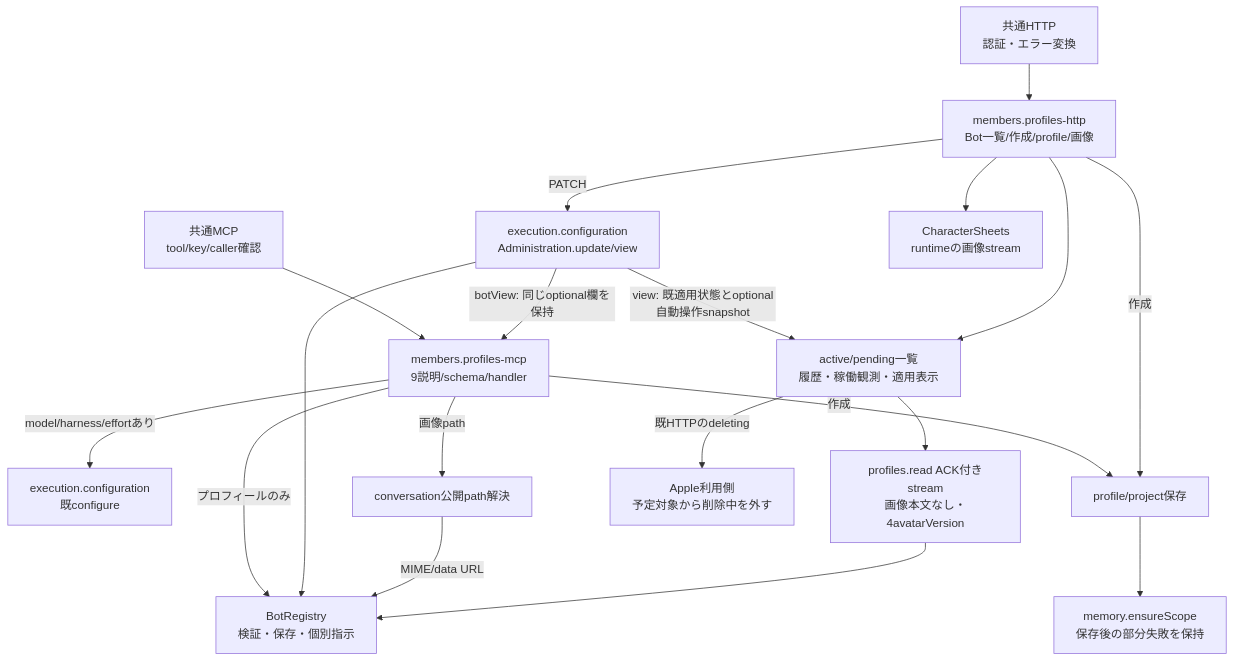
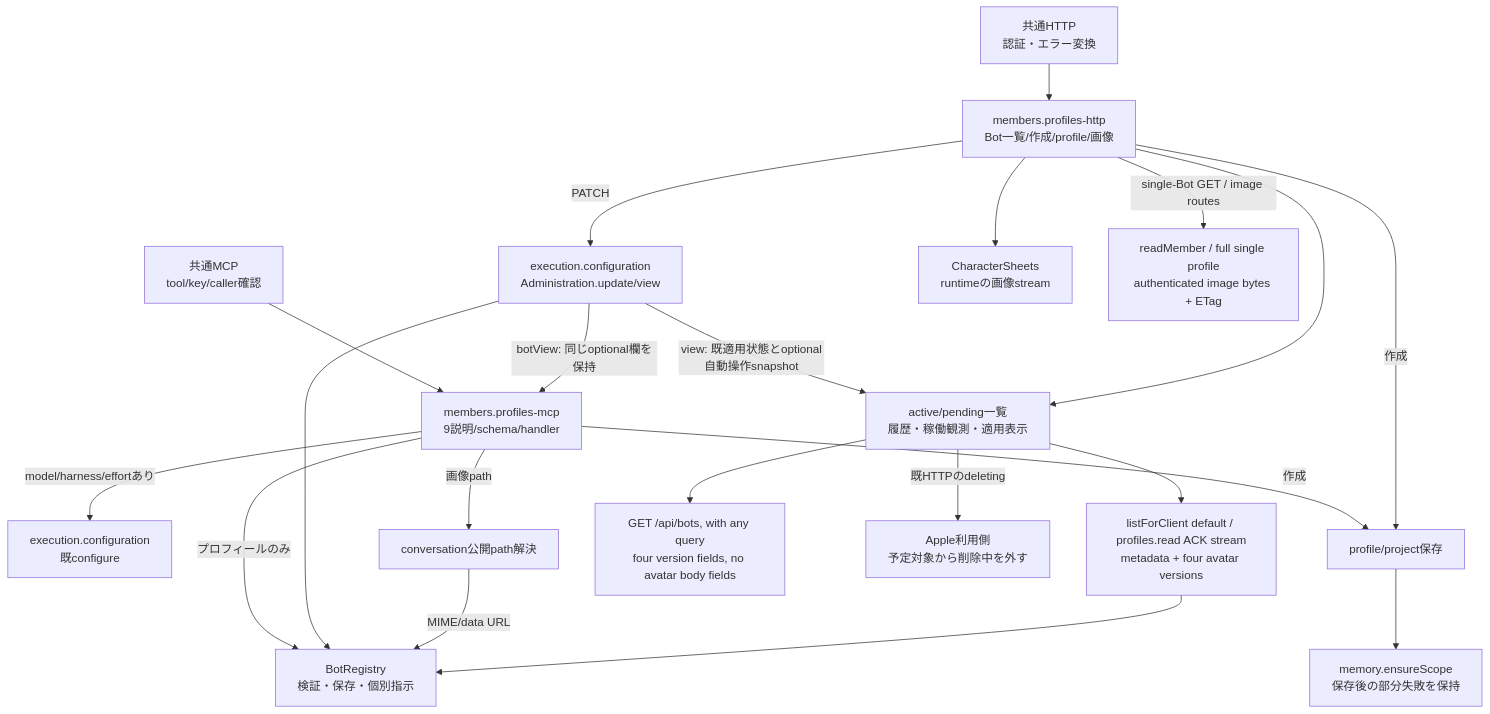
One commit to kitepon/BellTeam changed the diagram in docs/architecture/modules/members/profiles.md. Above: the diagram before and after it, drawn with Mermaid. The commit also changed other lines of this file and 8 other files, not shown here.

````diff
--- a/docs/architecture/modules/members/profiles.md
+++ b/docs/architecture/modules/members/profiles.md
@@ -5,21 +5,23 @@
 ```mermaid
 flowchart TD
   Mcp["共通MCP<br/>tool/key/caller確認"] --> Tools["members.profiles-mcp<br/>9説明/schema/handler"]
   Http["共通HTTP<br/>認証・エラー変換"] --> Profile["members.profiles-http<br/>Bot一覧/作成/profile/画像"]
   Tools -->|"プロフィールのみ"| Registry["BotRegistry<br/>検証・保存・個別指示"]
   Tools -->|"model/harness/effortあり"| Configure["execution.configuration<br/>既configure"]
   Profile -->|"PATCH"| Admin["execution.configuration<br/>Administration.update/view"]
   Admin --> Registry
   Admin -->|"view: 既適用状態とoptional自動操作snapshot"| Listing
   Admin -->|"botView: 同じoptional欄を保持"| Tools
   Tools -->|"画像path"| Image["conversation公開path解決"]
   Image -->|"MIME/data URL"| Registry
   Tools -->|"作成"| Create["profile/project保存"]
   Profile -->|"作成"| Create
   Create --> Memory["memory.ensureScope<br/>保存後の部分失敗を保持"]
   Profile --> Sheet["CharacterSheets<br/>runtimeの画像stream"]
-  Listing --> Snapshot["profiles.read ACK付きstream<br/>画像本文なし・4avatarVersion"]
+  Listing --> Snapshot["listForClient default / profiles.read ACK stream<br/>metadata + four avatar versions"]
   Snapshot --> Registry
   Profile --> Listing["active/pending一覧<br/>履歴・稼働観測・適用表示"]
+  Listing --> Wire["GET /api/bots, with any query<br/>four version fields, no avatar body fields"]
+  Profile -->|"single-Bot GET / image routes"| Detail["readMember / full single profile<br/>authenticated image bytes + ETag"]
   Listing -->|"既HTTPのdeleting"| Apple["Apple利用側<br/>予定対象から削除中を外す"]
 ```
````
